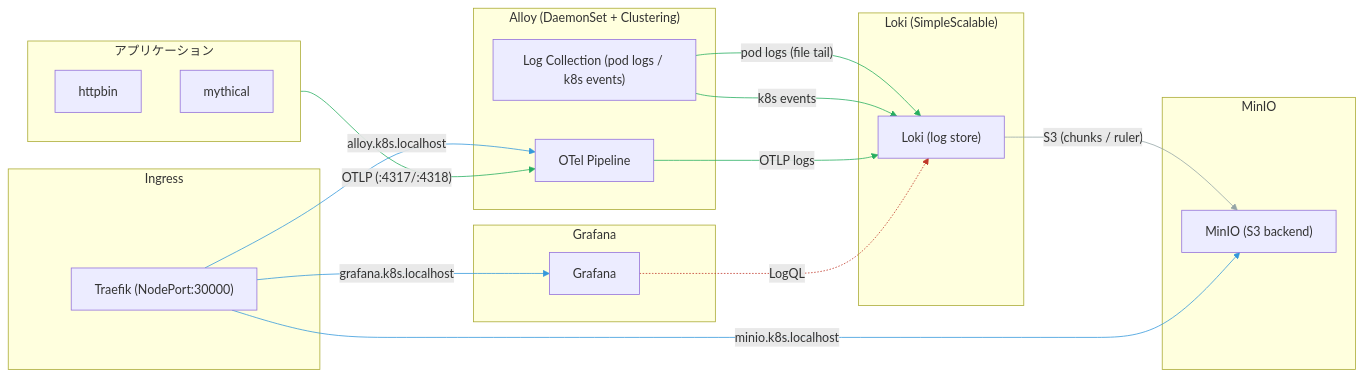
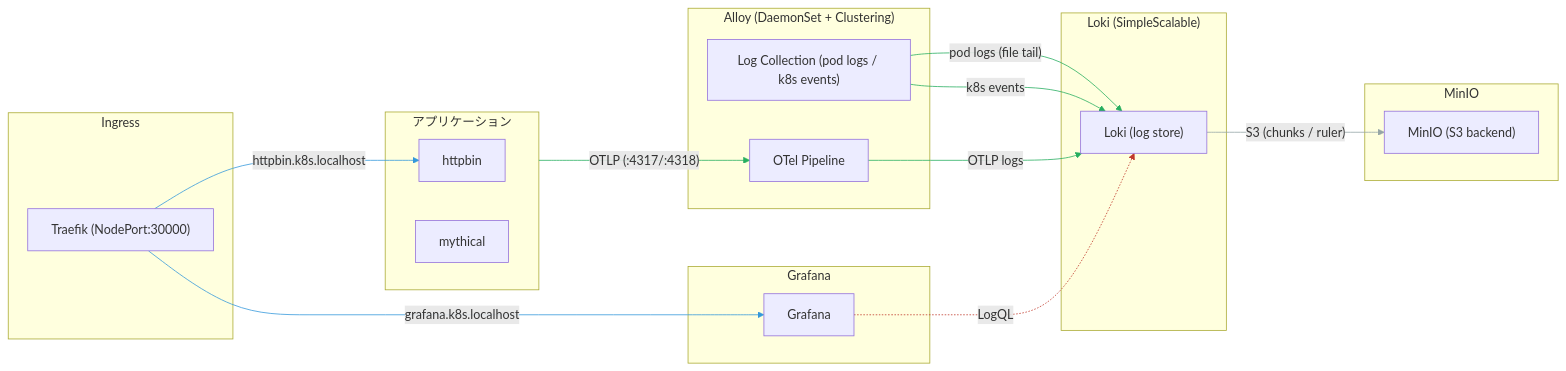
Before and after one commit to buzztaiki/sandbox: the second of 3 diagrams in k8s/alloy-kube-prom-stack/README.md, drawn with Mermaid. The commit also changed other lines of this file, not shown here.

Commit message:
update ingress edges: remove alloy/minio, add httpbin

````diff
--- a/k8s/alloy-kube-prom-stack/README.md
+++ b/k8s/alloy-kube-prom-stack/README.md
@@ -92,48 +97,47 @@
 ```mermaid
 graph LR
     subgraph apps["アプリケーション"]
         httpbin["httpbin"]
         mythical["mythical"]
     end
 
     subgraph alloy_ns["Alloy (DaemonSet + Clustering)"]
         alloy_logs["Log Collection (pod logs / k8s events)"]
         alloy_otel["OTel Pipeline"]
     end
 
     subgraph loki_ns["Loki (SimpleScalable)"]
         loki["Loki (log store)"]
     end
 
     subgraph minio_ns["MinIO"]
         minio["MinIO (S3 backend)"]
     end
 
     subgraph grafana_ns["Grafana"]
         grafana["Grafana"]
     end
 
     subgraph ingress["Ingress"]
         traefik["Traefik (NodePort:30000)"]
     end
 
     apps l1@-->|"OTLP (:4317/:4318)"| alloy_otel
     alloy_logs l2@-->|"pod logs (file tail)"| loki
     alloy_logs l3@-->|"k8s events"| loki
     alloy_otel l4@-->|"OTLP logs"| loki
     loki s1@-->|"S3 (chunks / ruler)"| minio
     grafana r1@-.->|"LogQL"| loki
     traefik i1@-->|"grafana.k8s.localhost"| grafana
-    traefik i2@-->|"alloy.k8s.localhost"| alloy_otel
-    traefik i3@-->|"minio.k8s.localhost"| minio
+    traefik i2@-->|"httpbin.k8s.localhost"| httpbin
 
     classDef logs stroke:#27ae60
     classDef storage stroke:#95a5a6
     classDef read stroke:#c0392b
     classDef ingress stroke:#3498db
 
     class l1,l2,l3,l4 logs
     class s1 storage
     class r1 read
-    class i1,i2,i3 ingress
+    class i1,i2 ingress
 ```
````
